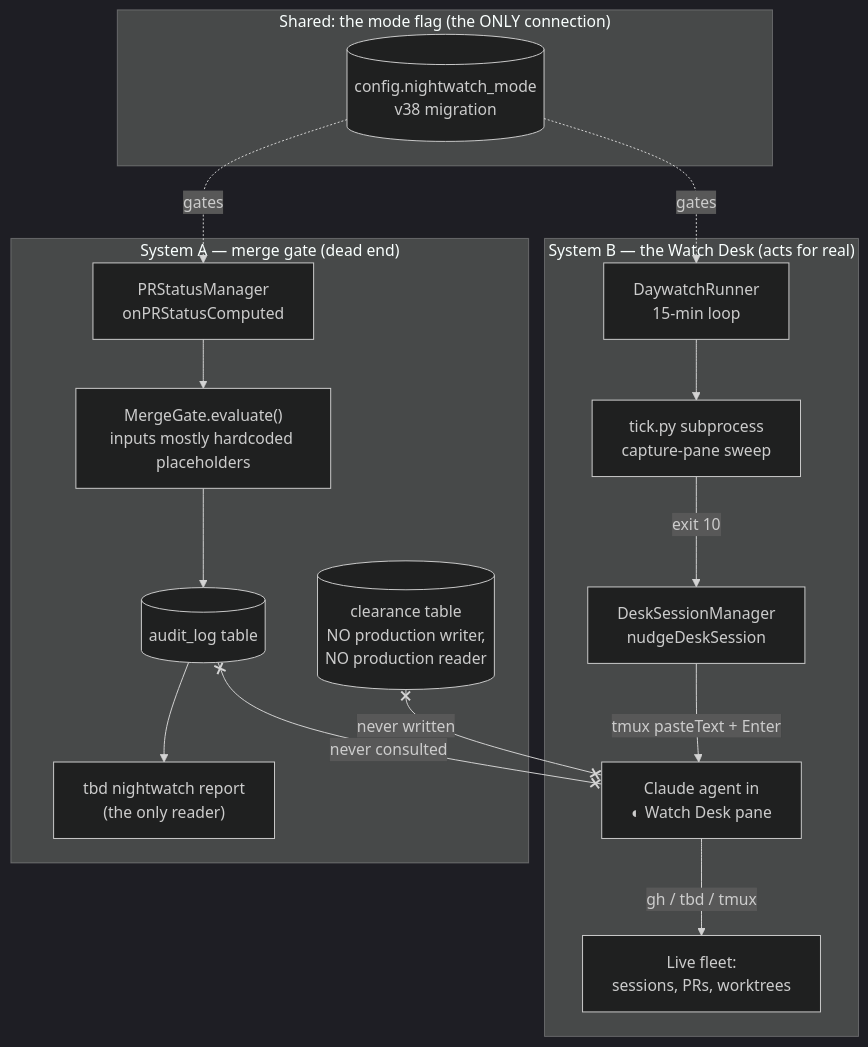
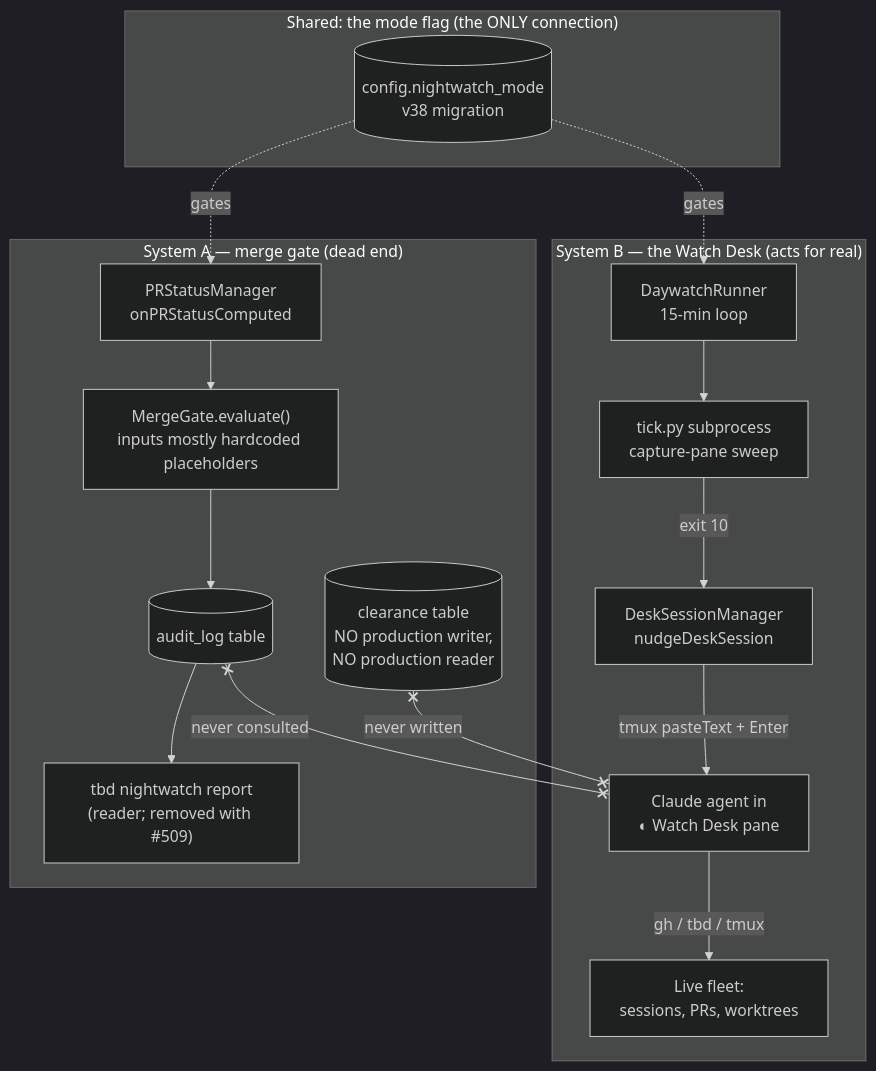
Before and after one commit to cheapsteak/tbd: the first of 5 diagrams in docs/nightwatch.md, drawn with Mermaid (dark theme). The commit also changed other lines of this file and 2 other files, not shown here.

````diff
--- a/docs/nightwatch.md
+++ b/docs/nightwatch.md
@@ -35,26 +35,26 @@
 ```mermaid
 flowchart TB
     subgraph shared["Shared: the mode flag (the ONLY connection)"]
         cfg[("config.nightwatch_mode<br/>v38 migration")]
     end
 
     subgraph sysA["System A — merge gate (dead end)"]
         prm["PRStatusManager<br/>onPRStatusComputed"] --> gate["MergeGate.evaluate()<br/>inputs mostly hardcoded placeholders"]
         gate --> audit[("audit_log table")]
-        audit --> report["tbd nightwatch report<br/>(the only reader)"]
+        audit --> report["tbd nightwatch report<br/>(reader; removed with #509)"]
         clr[("clearance table<br/>NO production writer,<br/>NO production reader")]
     end
 
     subgraph sysB["System B — the Watch Desk (acts for real)"]
         runner["DaywatchRunner<br/>15-min loop"] --> tick["tick.py subprocess<br/>capture-pane sweep"]
         tick -->|"exit 10"| nudge["DeskSessionManager<br/>nudgeDeskSession"]
         nudge -->|"tmux pasteText + Enter"| desk["Claude agent in<br/>◐ Watch Desk pane"]
         desk -->|"gh / tbd / tmux"| fleet["Live fleet:<br/>sessions, PRs, worktrees"]
     end
 
     cfg -.->|"gates"| prm
     cfg -.->|"gates"| runner
 
     audit x--x|"never consulted"| desk
     clr x--x|"never written"| desk
 ```
````
